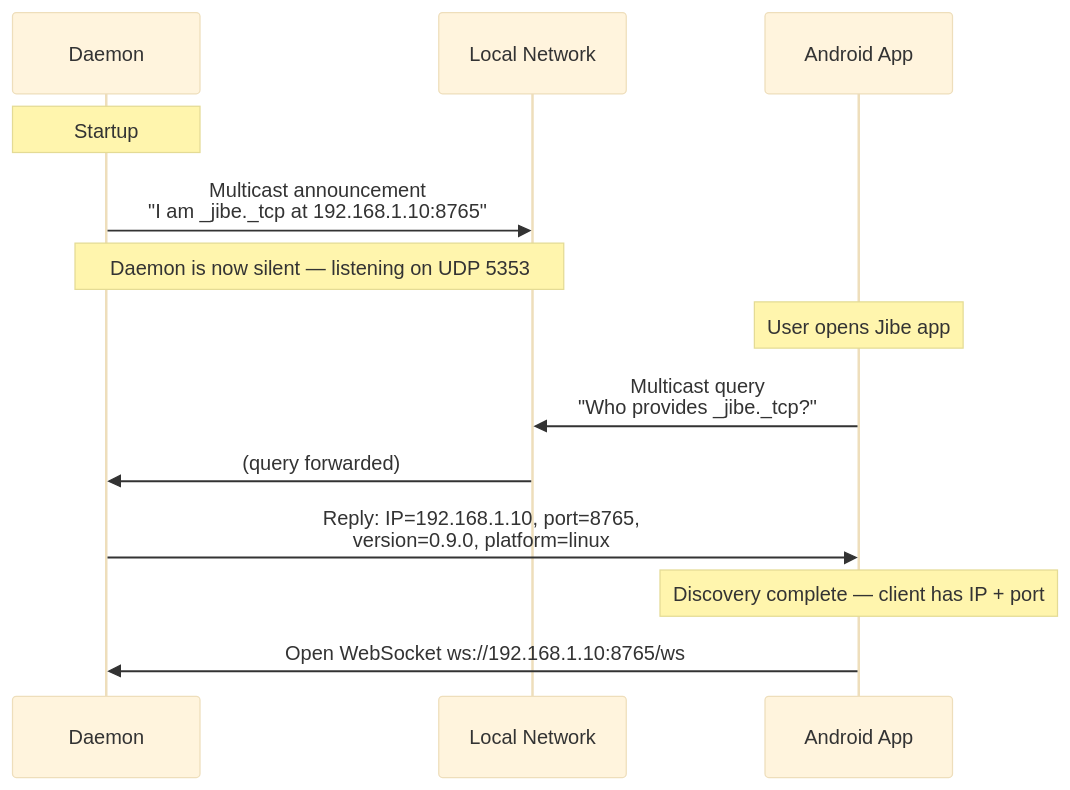
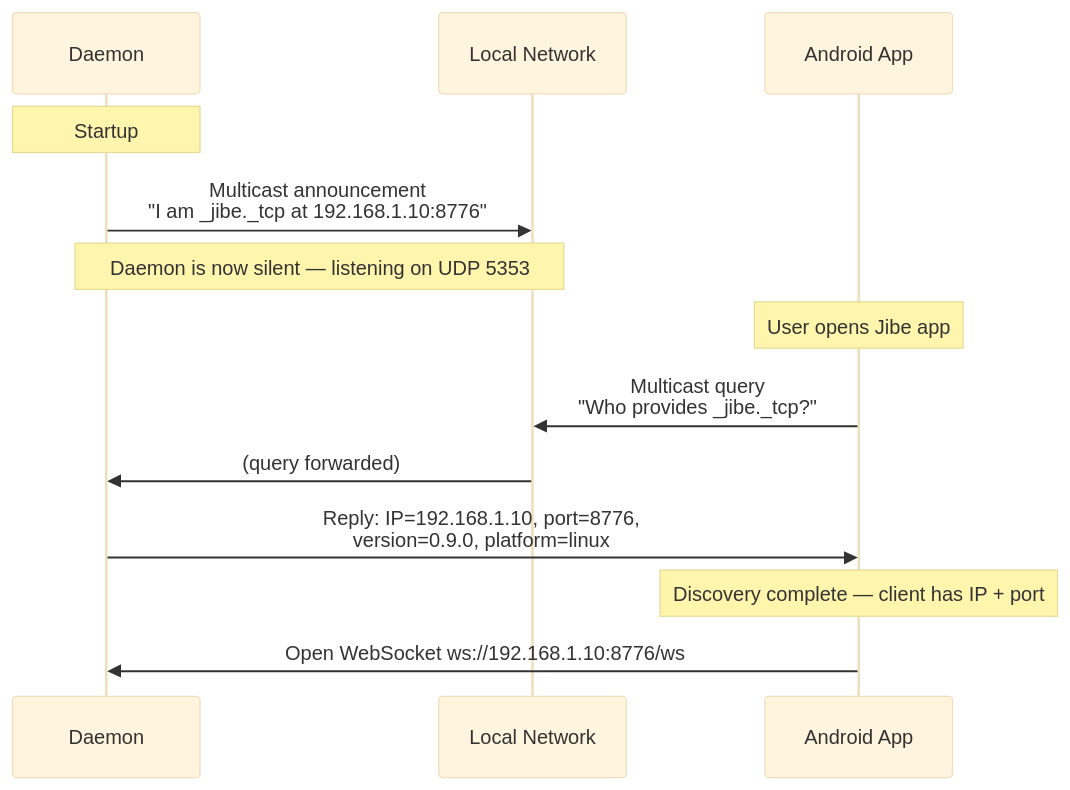
Before and after one commit to gobbledyglomp/jibe: the first of 3 diagrams in docs/flows.md, drawn with Mermaid (base theme). The commit also changed 10 other files, not shown here.

````diff
--- a/docs/flows.md
+++ b/docs/flows.md
@@ -7,19 +7,19 @@
 ```mermaid
 sequenceDiagram
     participant Daemon
     participant LAN as Local Network
     participant Client as Android App
 
     Note over Daemon: Startup
-    Daemon->>LAN: Multicast announcement<br/>"I am _jibe._tcp at 192.168.1.10:8765"
+    Daemon->>LAN: Multicast announcement<br/>"I am _jibe._tcp at 192.168.1.10:8776"
 
     Note over Daemon,LAN: Daemon is now silent — listening on UDP 5353
 
     Note over Client: User opens Jibe app
     Client->>LAN: Multicast query<br/>"Who provides _jibe._tcp?"
     LAN->>Daemon: (query forwarded)
-    Daemon->>Client: Reply: IP=192.168.1.10, port=8765,<br/>version=0.9.0, platform=linux
+    Daemon->>Client: Reply: IP=192.168.1.10, port=8776,<br/>version=0.9.0, platform=linux
 
     Note over Client: Discovery complete — client has IP + port
-    Client->>Daemon: Open WebSocket ws://192.168.1.10:8765/ws
+    Client->>Daemon: Open WebSocket ws://192.168.1.10:8776/ws
 ```
````
